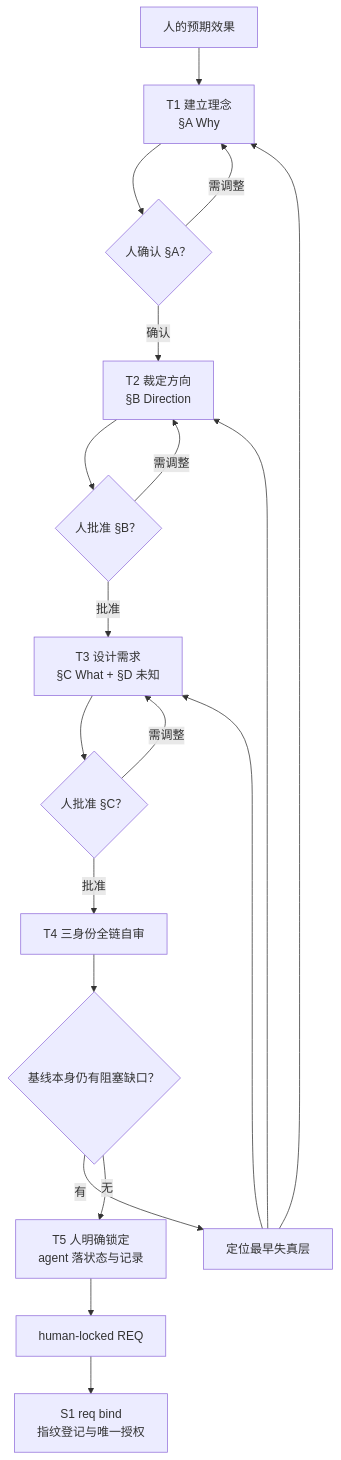
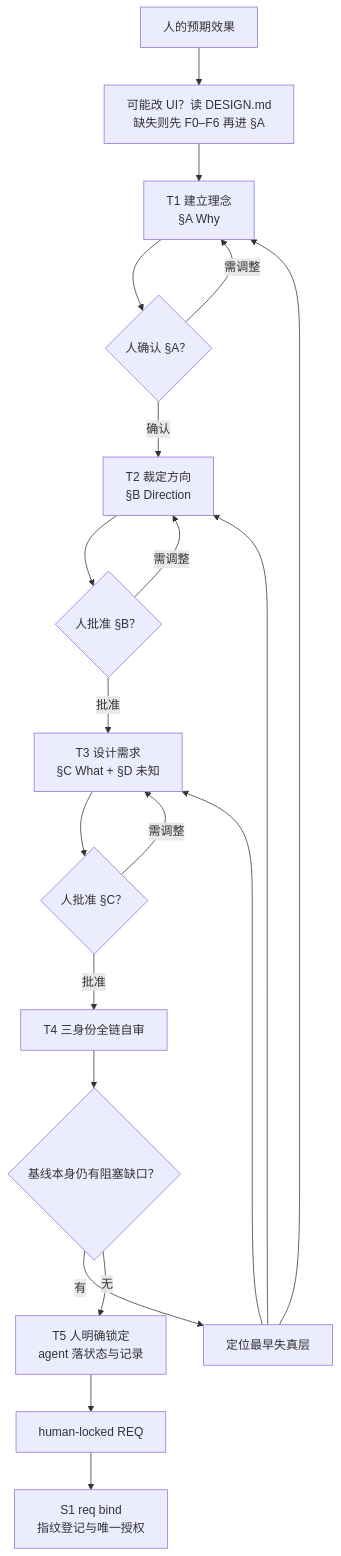
One commit to entroforge/go-system-builder changed the second of 2 diagrams in blueprint/L3-S0-requirement-design.md. Above: the diagram before and after it, drawn with Mermaid. The commit also changed other lines of this file and 105 other files, not shown here.

````diff
--- a/blueprint/L3-S0-requirement-design.md
+++ b/blueprint/L3-S0-requirement-design.md
@@ -94,21 +94,22 @@
 ```mermaid
 flowchart TD
-    IN["人的预期效果"] --> T1["T1 建立理念<br/>§A Why"]
+    IN["人的预期效果"] --> FOUND["可能改 UI？读 DESIGN.md<br/>缺失则先 F0–F6 再进 §A"]
+    FOUND --> T1["T1 建立理念<br/>§A Why"]
     T1 --> A{"人确认 §A？"}
     A -->|需调整| T1
     A -->|确认| T2["T2 裁定方向<br/>§B Direction"]
     T2 --> B{"人批准 §B？"}
     B -->|需调整| T2
     B -->|批准| T3["T3 设计需求<br/>§C What + §D 未知"]
     T3 --> C{"人批准 §C？"}
     C -->|需调整| T3
     C -->|批准| T4["T4 三身份全链自审"]
     T4 --> G{"基线本身仍有阻塞缺口？"}
     G -->|有| BACK["定位最早失真层"]
     BACK --> T1
     BACK --> T2
     BACK --> T3
     G -->|无| LOCK["T5 人明确锁定<br/>agent 落状态与记录"]
     LOCK --> REQ["human-locked REQ"]
     REQ --> S1["S1 req bind<br/>指纹登记与唯一授权"]
 ```
````
